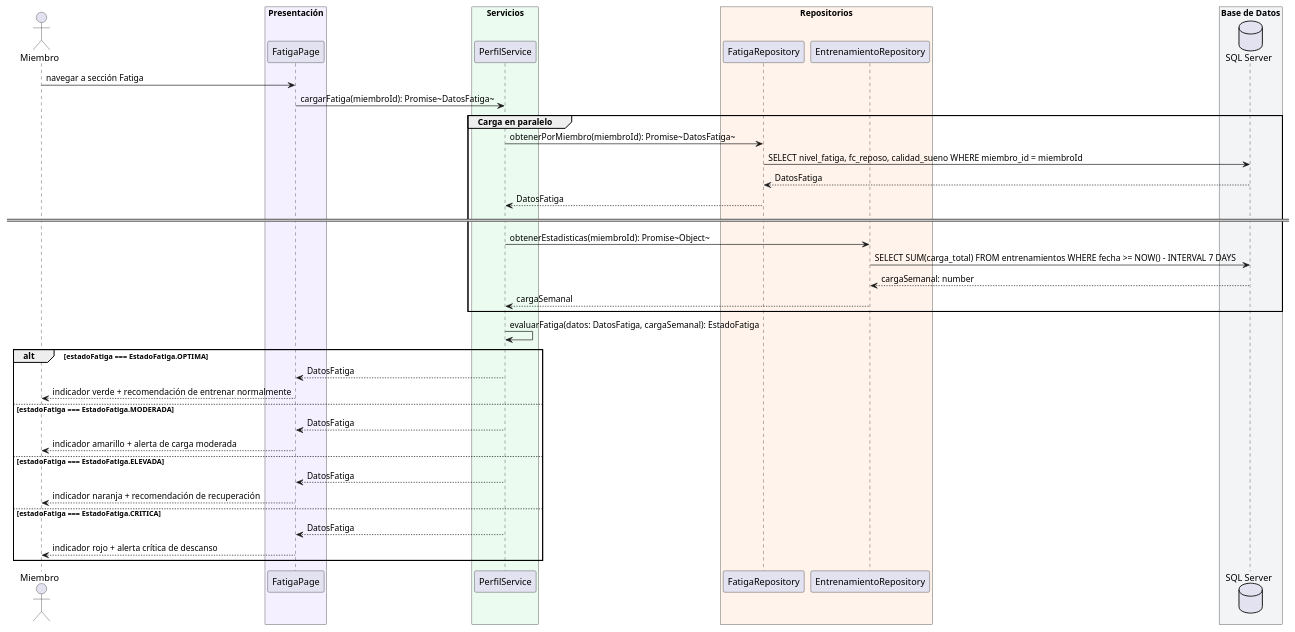
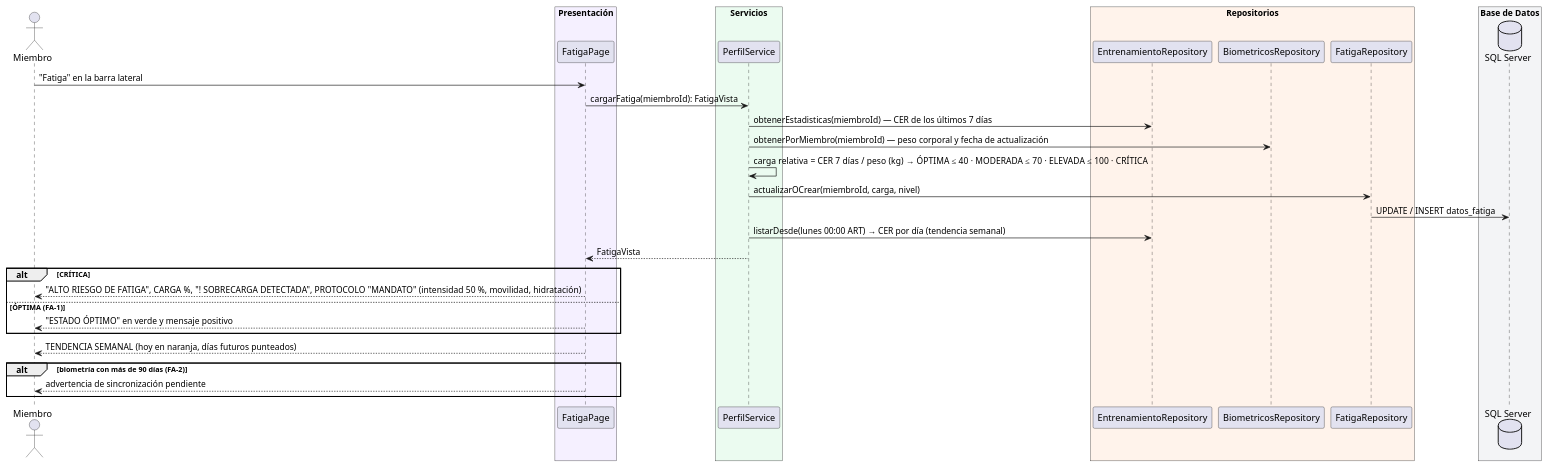
One commit to nicolassepulveda13/SAP changed the fourth of 7 diagrams in silverback/docs/secuencias-cu005.md. Above: the diagram before and after it, drawn with PlantUML. The commit also changed other lines of this file and 82 other files, not shown here.

````diff
--- a/silverback/docs/secuencias-cu005.md
+++ b/silverback/docs/secuencias-cu005.md
@@ -178,55 +170,44 @@
 ```plantuml
 @startuml CU-005-004
 
 actor Miembro
 
 box "Presentación" #F5F0FF
   participant "FatigaPage" as Page
 end box
 
 box "Servicios" #EBFBF0
   participant "PerfilService" as Svc
 end box
 
 box "Repositorios" #FFF3EB
+  participant "EntrenamientoRepository" as EntRepo
+  participant "BiometricosRepository" as BioRepo
   participant "FatigaRepository" as FatigaRepo
-  participant "EntrenamientoRepository" as EntreRepo
 end box
 
 box "Base de Datos" #F3F4F6
   database "SQL Server" as DB
 end box
 
-Miembro -> Page: navegar a sección Fatiga
-Page -> Svc: cargarFatiga(miembroId): Promise~DatosFatiga~
-
-group Carga en paralelo
-    Svc -> FatigaRepo: obtenerPorMiembro(miembroId): Promise~DatosFatiga~
-    FatigaRepo -> DB: SELECT nivel_fatiga, fc_reposo, calidad_sueno WHERE miembro_id = miembroId
-    DB --> FatigaRepo: DatosFatiga
-    FatigaRepo --> Svc: DatosFatiga
-== ==
-    Svc -> EntreRepo: obtenerEstadisticas(miembroId): Promise~Object~
-    EntreRepo -> DB: SELECT SUM(carga_total) FROM entrenamientos WHERE fecha >= NOW() - INTERVAL 7 DAYS
-    DB --> EntreRepo: cargaSemanal: number
-    EntreRepo --> Svc: cargaSemanal
+Miembro -> Page: "Fatiga" en la barra lateral
+Page -> Svc: cargarFatiga(miembroId): FatigaVista
+Svc -> EntRepo: obtenerEstadisticas(miembroId) — CER de los últimos 7 días
+Svc -> BioRepo: obtenerPorMiembro(miembroId) — peso corporal y fecha de actualización
+Svc -> Svc: carga relativa = CER 7 días / peso (kg) → ÓPTIMA ≤ 40 · MODERADA ≤ 70 · ELEVADA ≤ 100 · CRÍTICA
+Svc -> FatigaRepo: actualizarOCrear(miembroId, carga, nivel)
+FatigaRepo -> DB: UPDATE / INSERT datos_fatiga
+Svc -> EntRepo: listarDesde(lunes 00:00 ART) → CER por día (tendencia semanal)
+Svc --> Page: FatigaVista
+alt CRÍTICA
+    Page --> Miembro: "ALTO RIESGO DE FATIGA", CARGA %, "! SOBRECARGA DETECTADA", PROTOCOLO "MANDATO" (intensidad 50 %, movilidad, hidratación)
+else ÓPTIMA (FA-1)
+    Page --> Miembro: "ESTADO ÓPTIMO" en verde y mensaje positivo
 end
-
-Svc -> Svc: evaluarFatiga(datos: DatosFatiga, cargaSemanal): EstadoFatiga
-
-alt estadoFatiga === EstadoFatiga.OPTIMA
-    Svc --> Page: DatosFatiga
-    Page --> Miembro: indicador verde + recomendación de entrenar normalmente
-else estadoFatiga === EstadoFatiga.MODERADA
-    Svc --> Page: DatosFatiga
-    Page --> Miembro: indicador amarillo + alerta de carga moderada
-else estadoFatiga === EstadoFatiga.ELEVADA
-    Svc --> Page: DatosFatiga
-    Page --> Miembro: indicador naranja + recomendación de recuperación
-else estadoFatiga === EstadoFatiga.CRITICA
-    Svc --> Page: DatosFatiga
-    Page --> Miembro: indicador rojo + alerta crítica de descanso
+Page --> Miembro: TENDENCIA SEMANAL (hoy en naranja, días futuros punteados)
+alt biometría con más de 90 días (FA-2)
+    Page --> Miembro: advertencia de sincronización pendiente
 end
 
 @enduml
 ```
````
